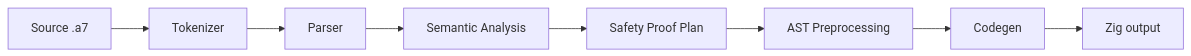
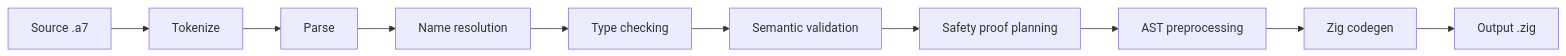
The diagram in site/public/docs/compiler.md (code5717/a7-py), drawn with Mermaid before and after one commit. The commit also changed other lines of this file and 43 other files, not shown here.

````diff
--- a/site/public/docs/compiler.md
+++ b/site/public/docs/compiler.md
@@ -5,10 +36,12 @@
 ```mermaid
 flowchart LR
-    Src[Source .a7] --> Tok[Tokenizer]
-    Tok --> Par[Parser]
-    Par --> Sem[Semantic Analysis]
-    Sem --> Safe[Safety Proof Plan]
-    Safe --> Pre[AST Preprocessing]
-    Pre --> Gen[Codegen]
-    Gen --> Zig[Zig output]
+    src[Source .a7] --> tok[Tokenize]
+    tok --> par[Parse]
+    par --> nm[Name resolution]
+    nm  --> tc[Type checking]
+    tc  --> sv[Semantic validation]
+    sv  --> sa[Safety proof planning]
+    sa  --> pre[AST preprocessing]
+    pre --> cg[Zig codegen]
+    cg  --> zig[Output .zig]
 ```
````
